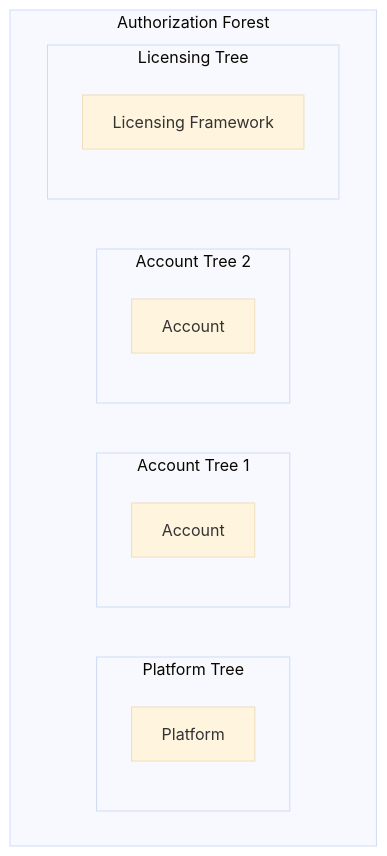
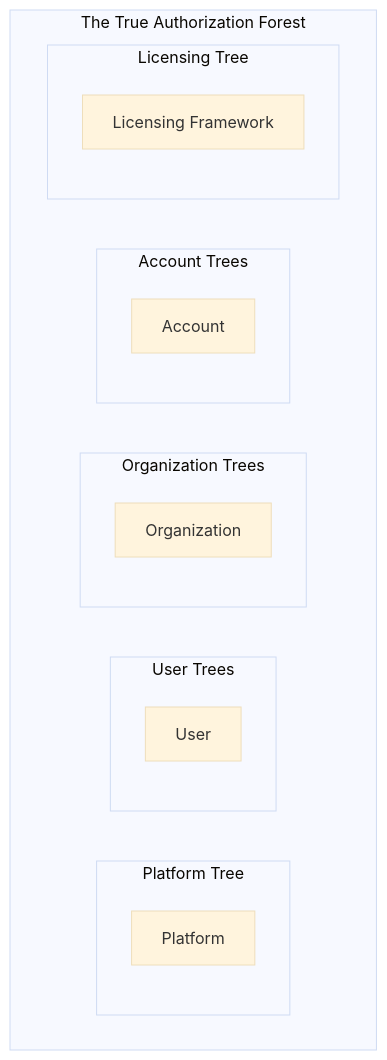
Before and after one commit to alkem-io/server: diagram 11 of 11 in docs/credential-based-authorization.md, drawn with Mermaid (base theme). The commit also changed other lines of this file, not shown here.

First line of the commit message:
Clarifies the authorization forest structure

````diff
--- a/docs/credential-based-authorization.md
+++ b/docs/credential-based-authorization.md
@@ -291,20 +301,24 @@
 ```mermaid
 graph TD
-    subgraph "Authorization Forest"
+    subgraph "The True Authorization Forest"
         subgraph "Platform Tree"
             Platform;
         end
 
-        subgraph "Account Tree 1"
-            Account1[Account];
+        subgraph "User Trees"
+            User[User];
         end
 
-        subgraph "Account Tree 2"
-            Account2[Account];
+        subgraph "Organization Trees"
+            Org1[Organization];
+        end
+
+        subgraph "Account Trees"
+            Account1[Account];
         end
 
         subgraph "Licensing Tree"
             LicensingFramework["Licensing Framework"];
         end
     end
 ```
````
